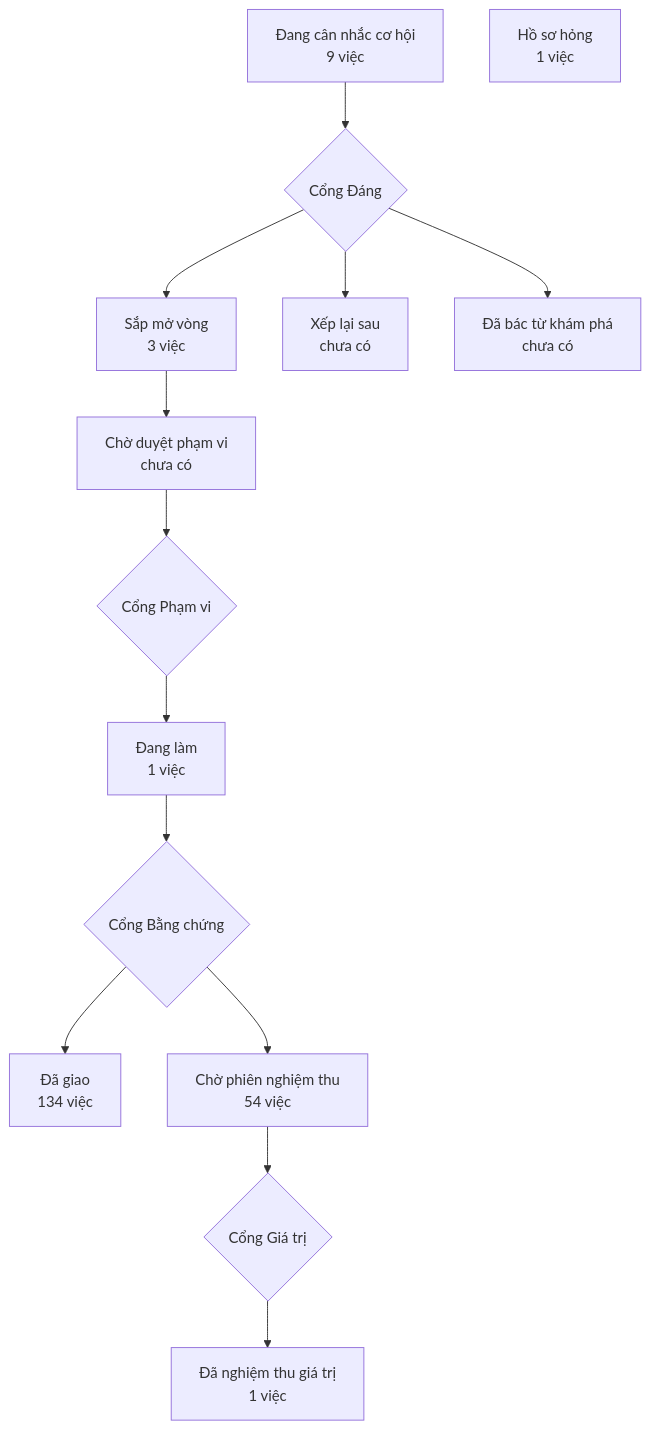
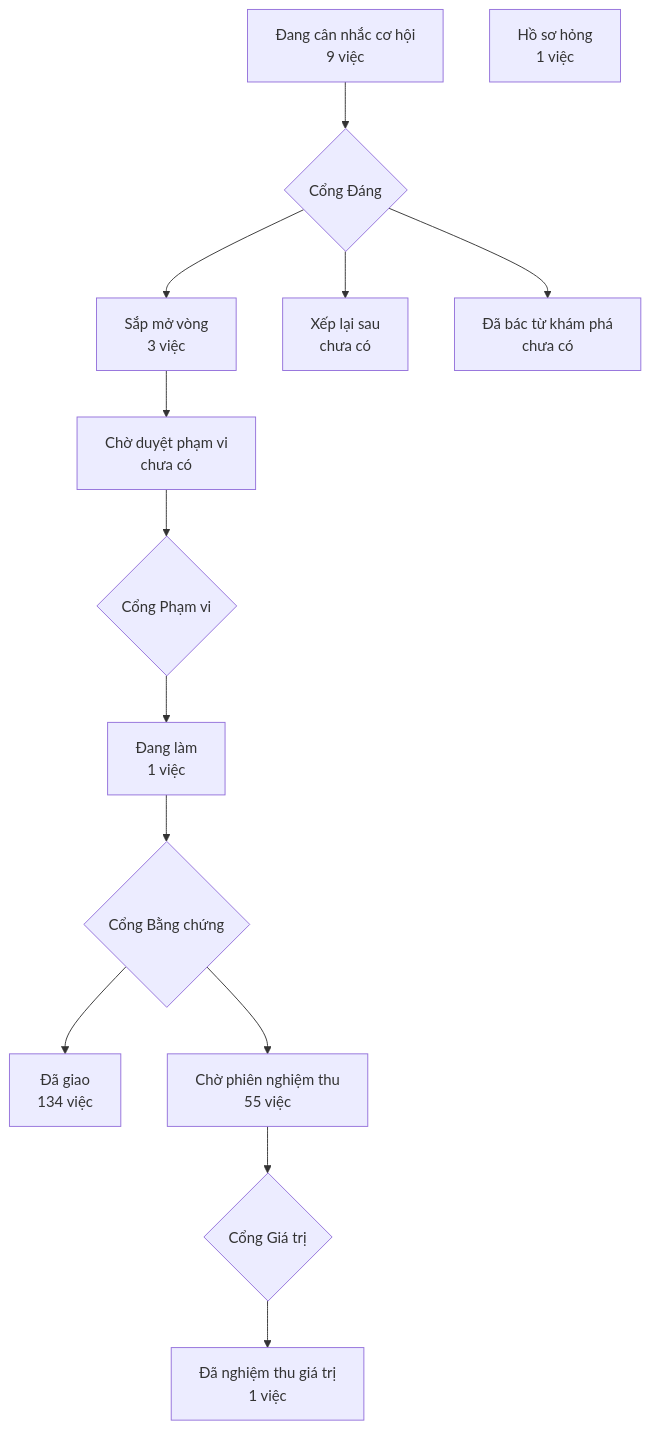
One commit to phanlemanh/crm-onehub changed the diagram in PRODUCT-MAP.md. Above: the diagram before and after it, drawn with Mermaid.

Commit message:
chore: vẽ lại bản đồ sản phẩm từ bản sạch sau gộp onehub 577f23b2b

````diff
--- a/PRODUCT-MAP.md
+++ b/PRODUCT-MAP.md
@@ -7,13 +7,13 @@
 ```mermaid
 flowchart TD
   A["Đang cân nhắc cơ hội<br/>9 việc"] --> GD{"Cổng Đáng"}
   GD --> B["Sắp mở vòng<br/>3 việc"]
   GD --> XL["Xếp lại sau<br/>chưa có"]
   GD --> DB["Đã bác từ khám phá<br/>chưa có"]
   B --> CD["Chờ duyệt phạm vi<br/>chưa có"] --> GP{"Cổng Phạm vi"}
   GP --> DL["Đang làm<br/>1 việc"] --> GB{"Cổng Bằng chứng"}
   GB --> DG["Đã giao<br/>134 việc"]
-  GB --> CN["Chờ phiên nghiệm thu<br/>54 việc"] --> GG{"Cổng Giá trị"}
+  GB --> CN["Chờ phiên nghiệm thu<br/>55 việc"] --> GG{"Cổng Giá trị"}
   GG --> NT["Đã nghiệm thu giá trị<br/>1 việc"]
   HS["Hồ sơ hỏng<br/>1 việc"]
 ```
````
